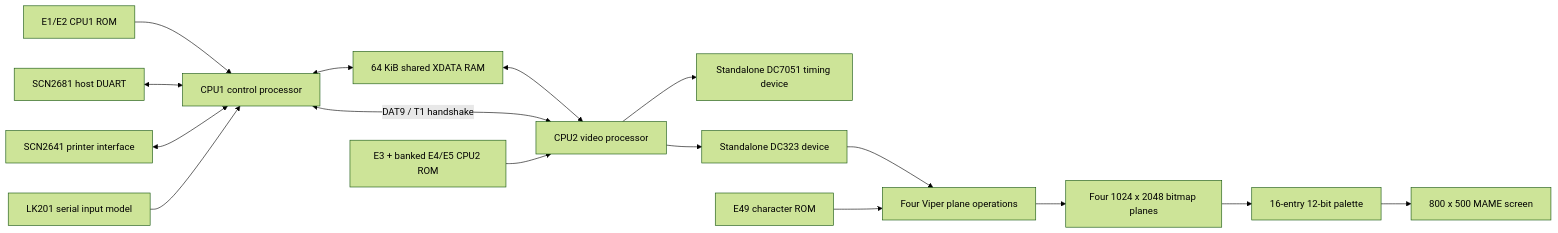
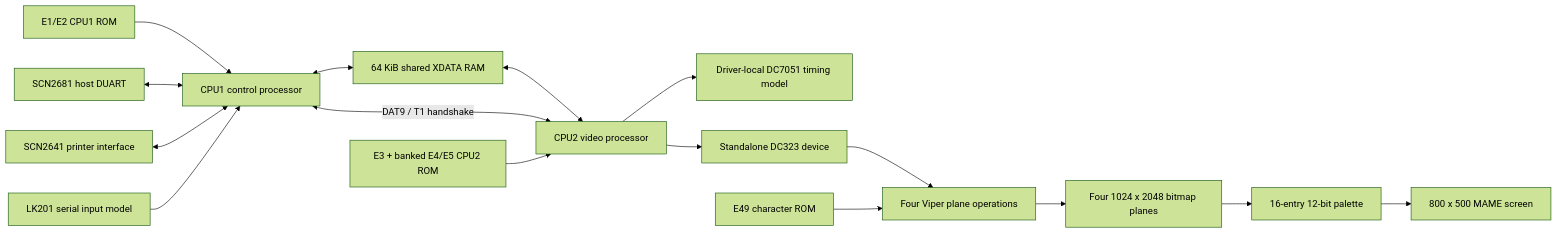
The diagram in vt340-research/PROJECT_SUMMARY.md (ericharley/mame), drawn with Mermaid (forest theme) before and after one commit. The commit also changed other lines of this file and 17 other files, not shown here.

Commit message:
vt340: fold DC7051 timing into driver

````diff
--- a/vt340-research/PROJECT_SUMMARY.md
+++ b/vt340-research/PROJECT_SUMMARY.md
@@ -25,20 +25,20 @@
 ```mermaid
 flowchart LR
     E1[E1/E2 CPU1 ROM] --> CPU1[CPU1 control processor]
     DUART[SCN2681 host DUART] <--> CPU1
     ACIA[SCN2641 printer interface] <--> CPU1
     KBD[LK201 serial input model] --> CPU1
 
     CPU1 <--> RAM[64 KiB shared XDATA RAM]
     RAM <--> CPU2[CPU2 video processor]
     CPU1 <-->|DAT9 / T1 handshake| CPU2
     E3[E3 + banked E4/E5 CPU2 ROM] --> CPU2
 
-    CPU2 --> DC7051[Standalone DC7051 timing device]
+    CPU2 --> DC7051[Driver-local DC7051 timing model]
     CPU2 --> DC323[Standalone DC323 device]
     DC323 --> VIPER[Four Viper plane operations]
     E49[E49 character ROM] --> VIPER
     VIPER --> PLANES[Four 1024 x 2048 bitmap planes]
     PLANES --> PAL[16-entry 12-bit palette]
     PAL --> SCREEN[800 x 500 MAME screen]
 ```
````
